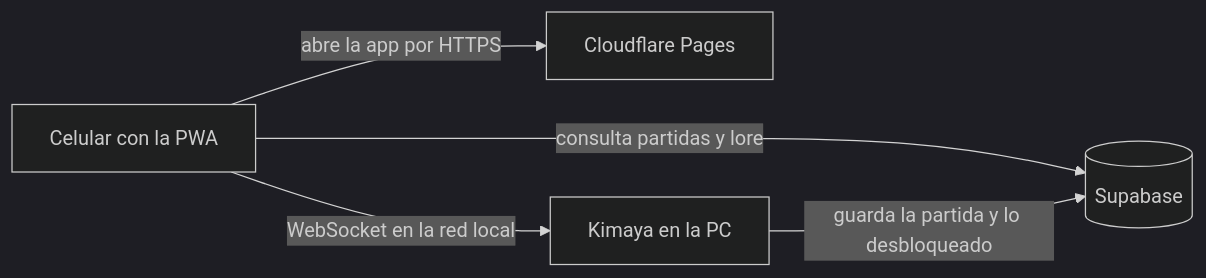
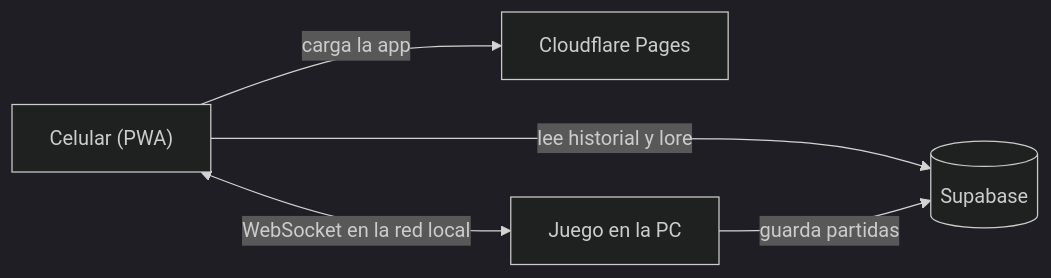
Before and after one commit to Elmuuquienmas/PWAKimaya: the first of 6 diagrams in README.md, drawn with Mermaid (dark theme). The commit also changed other lines of this file, not shown here.

````diff
--- a/README.md
+++ b/README.md
@@ -17,12 +30,12 @@
 ```mermaid
 flowchart LR
-  telefono["Celular con la PWA"]
-  pages["Cloudflare Pages"]
-  supabase[("Supabase")]
-  juego["Kimaya en la PC"]
+  cel["Celular (PWA)"]
+  cf["Cloudflare Pages"]
+  db[("Supabase")]
+  pc["Juego en la PC"]
 
-  telefono -->|"abre la app por HTTPS"| pages
-  telefono -->|"consulta partidas y lore"| supabase
-  juego -->|"guarda la partida y lo desbloqueado"| supabase
-  telefono -->|"WebSocket en la red local"| juego
+  cel -->|carga la app| cf
+  cel -->|lee historial y lore| db
+  pc -->|guarda partidas| db
+  cel <-->|WebSocket en la red local| pc
 ```
````
